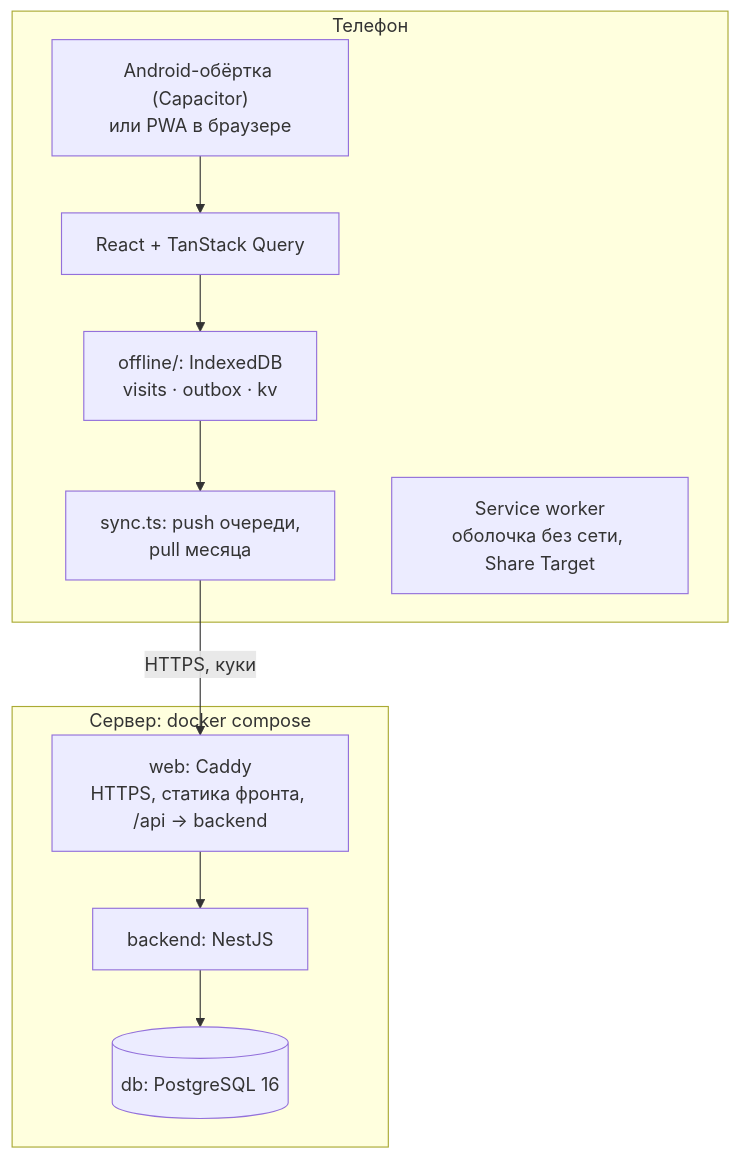
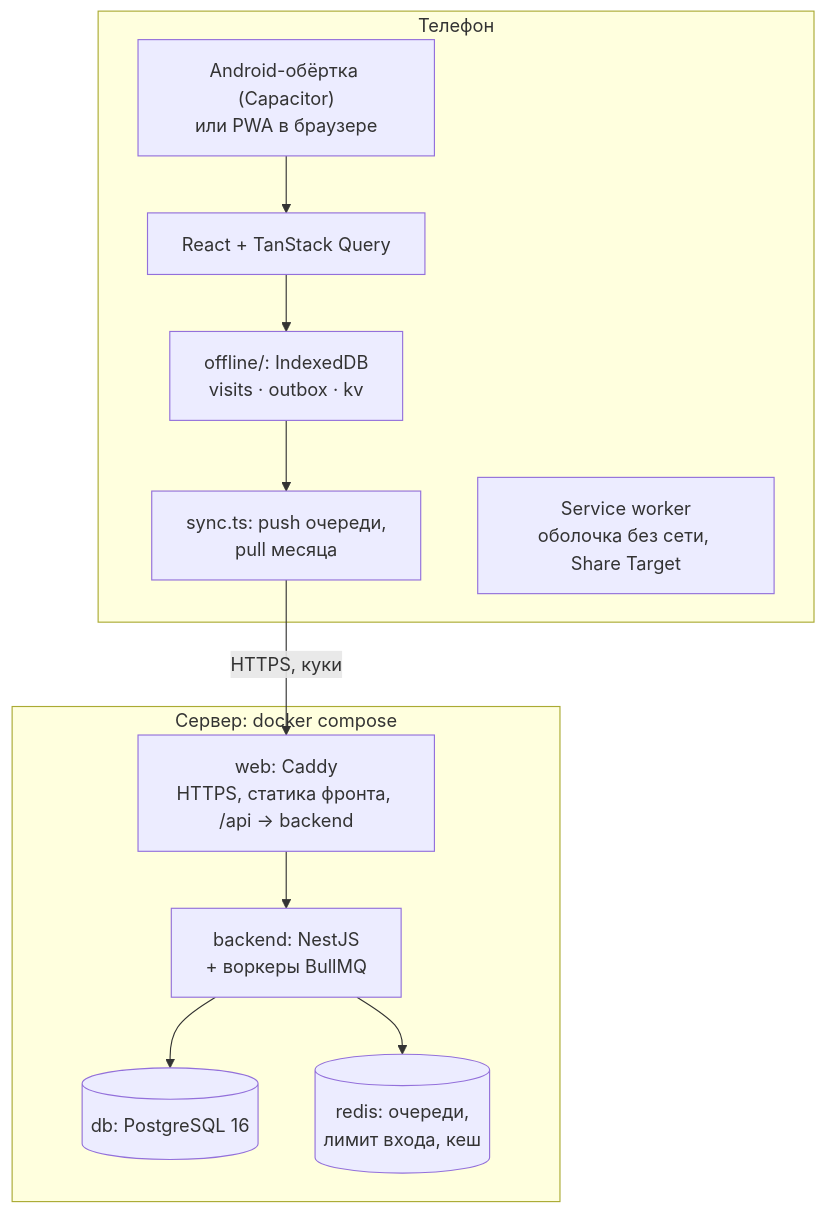
The first of 2 diagrams in docs/architecture.md (Dqnial/mp-report), drawn with Mermaid before and after one commit. The commit also changed other lines of this file and 60 other files, not shown here.

First line of the commit message:
feat: Redis, BullMQ queues, login rate limit, report cache, Swagger, E2E

````diff
--- a/docs/architecture.md
+++ b/docs/architecture.md
@@ -5,16 +5,17 @@
 ```mermaid
 flowchart TB
   subgraph Phone["Телефон"]
     APK["Android-обёртка (Capacitor)<br/>или PWA в браузере"]
     APK --> React["React + TanStack Query"]
     React --> Local["offline/: IndexedDB<br/>visits · outbox · kv"]
     Local --> Sync["sync.ts: push очереди,<br/>pull месяца"]
     SW["Service worker<br/>оболочка без сети, Share Target"]
   end
   Sync -- "HTTPS, куки" --> Caddy
   subgraph Server["Сервер: docker compose"]
     Caddy["web: Caddy<br/>HTTPS, статика фронта, /api → backend"]
-    Caddy --> Nest["backend: NestJS"]
+    Caddy --> Nest["backend: NestJS<br/>+ воркеры BullMQ"]
     Nest --> PG[("db: PostgreSQL 16")]
+    Nest --> RD[("redis: очереди,<br/>лимит входа, кеш")]
   end
 ```
````
